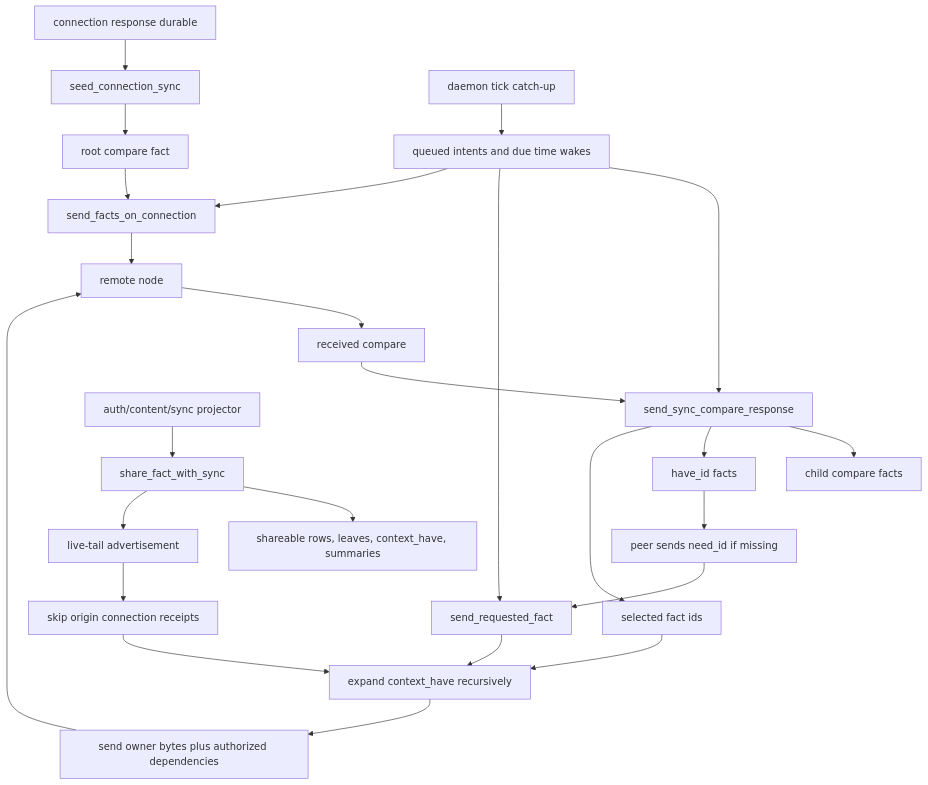
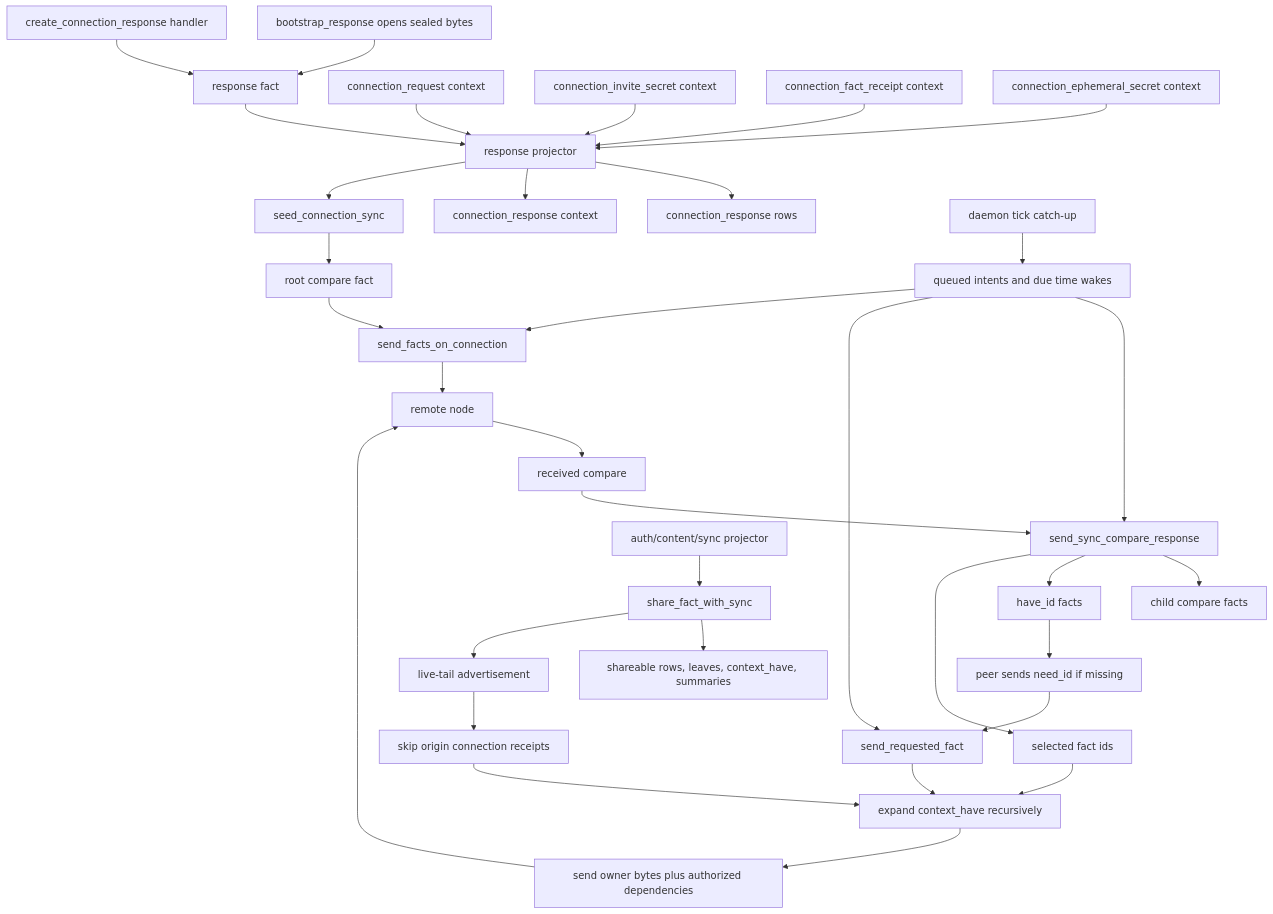
Before and after one commit to holmesworcester/poc-10: the fifth of 8 diagrams in ARCHITECTURE_DIAGRAMS.md, drawn with Mermaid. The commit also changed other lines of this file and 1 other file, not shown here.

Commit message:
Clarify sync seed input chain

````diff
--- a/ARCHITECTURE_DIAGRAMS.md
+++ b/ARCHITECTURE_DIAGRAMS.md
@@ -218,32 +220,41 @@
 ```mermaid
 %%{init: {"flowchart": {"wrappingWidth": 340}} }%%
 flowchart TD
-    RESPONSE["connection response durable"] --> SEED["seed_connection_sync"]
+    BOOT_RESP["bootstrap_response opens sealed bytes"] --> RESP_FACT["response fact"]
+    RESPONDER["create_connection_response handler"] --> RESP_FACT
+    REQUEST_CTX["connection_request context"] --> RESP_PROJECTOR["response projector"]
+    INVITE_CTX["connection_invite_secret context"] --> RESP_PROJECTOR
+    RECEIPT_CTX["connection_fact_receipt context"] --> RESP_PROJECTOR
+    EPHEMERAL_CTX["connection_ephemeral_secret context"] --> RESP_PROJECTOR
+    RESP_FACT --> RESP_PROJECTOR
+    RESP_PROJECTOR --> RESPONSE_ROWS["connection_response rows"]
+    RESP_PROJECTOR --> RESPONSE_CTX["connection_response context"]
+    RESP_PROJECTOR --> SEED["seed_connection_sync"]
     SEED --> ROOT_COMPARE["root compare fact"]
     ROOT_COMPARE --> SEND_COMPARE["send_facts_on_connection"]
     SEND_COMPARE --> PEER["remote node"]
 
     PEER --> PEER_COMPARE["received compare"]
     PEER_COMPARE --> COMPARE_HANDLER["send_sync_compare_response"]
     COMPARE_HANDLER --> CHILD_COMPARE["child compare facts"]
     COMPARE_HANDLER --> HAVE["have_id facts"]
     COMPARE_HANDLER --> SELECT["selected fact ids"]
     SELECT --> EXPAND["expand context_have recursively"]
     EXPAND --> SEND_BYTES["send owner bytes plus authorized dependencies"]
     SEND_BYTES --> PEER
 
     HAVE --> PEER_NEED["peer sends need_id if missing"]
     PEER_NEED --> SEND_REQUESTED["send_requested_fact"]
     SEND_REQUESTED --> EXPAND
 
     OWNER_PROJECTOR["auth/content/sync projector"] --> SHARE["share_fact_with_sync"]
     SHARE --> INDEX["shareable rows, leaves, context_have, summaries"]
     SHARE --> LIVE["live-tail advertisement"]
     LIVE --> ORIGIN_FILTER["skip origin connection receipts"]
     ORIGIN_FILTER --> EXPAND
 
     TICK["daemon tick catch-up"] --> QUEUED["queued intents and due time wakes"]
     QUEUED --> COMPARE_HANDLER
     QUEUED --> SEND_REQUESTED
     QUEUED --> SEND_COMPARE
 ```
````
